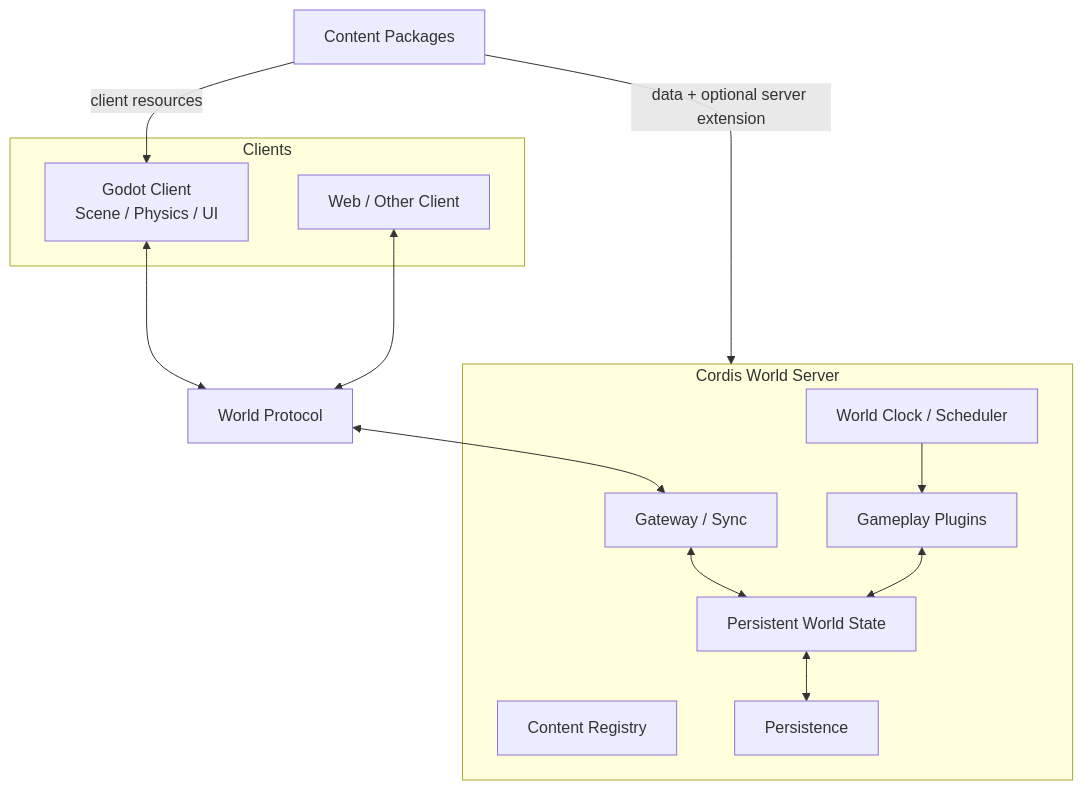
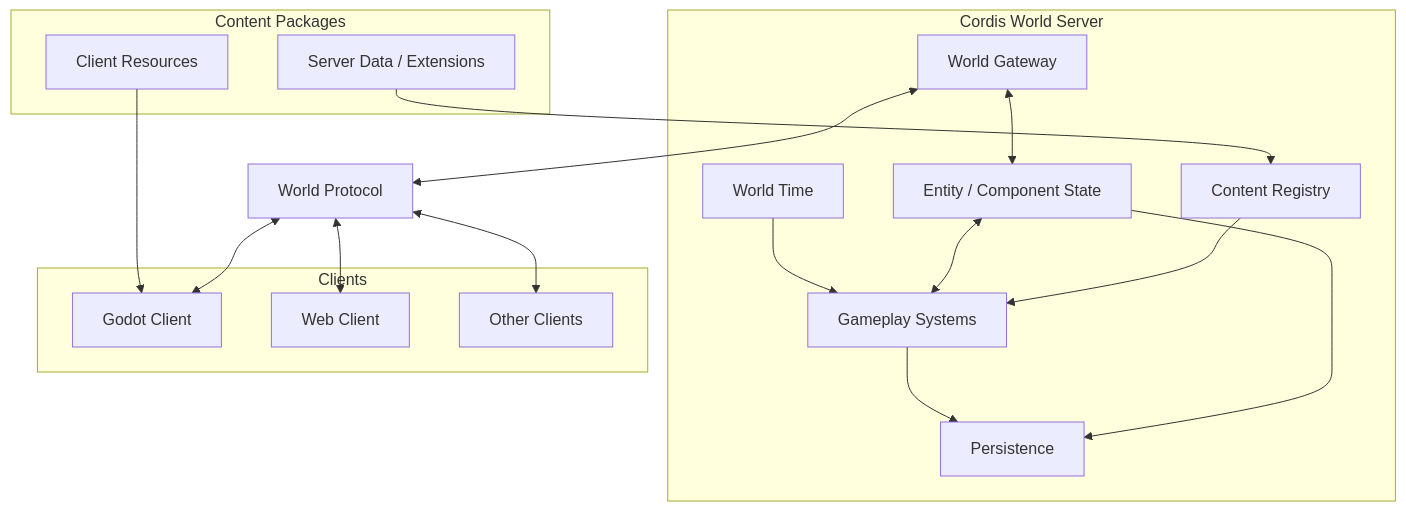
Before and after one commit to Ri0n72Y/idea-slime-bar: the diagram in architecture/architecture.md, drawn with Mermaid. The commit also changed other lines of this file, not shown here.

Commit message:
docs: align architecture with authoritative world server model

````diff
--- a/architecture/architecture.md
+++ b/architecture/architecture.md
@@ -11,31 +13,39 @@
 ```mermaid
 flowchart TB
-    Packages[Content Packages]
+    subgraph Packages[Content Packages]
+        ServerContent[Server Data / Extensions]
+        ClientResources[Client Resources]
+    end
 
-    subgraph Clients[Clients]
-        Godot[Godot Client\nScene / Physics / UI]
-        Web[Web / Other Client]
+    subgraph Server[Cordis World Server]
+        WorldTime[World Time]
+        WorldState[Entity / Component State]
+        Systems[Gameplay Systems]
+        Content[Content Registry]
+        Persistence[Persistence]
+        Gateway[World Gateway]
     end
 
     Protocol[World Protocol]
 
-    subgraph Server[Cordis World Server]
-        Gateway[Gateway / Sync]
-        State[Persistent World State]
-        Gameplay[Gameplay Plugins]
-        Content[Content Registry]
-        Time[World Clock / Scheduler]
-        Persistence[Persistence]
+    subgraph Clients[Clients]
+        Godot[Godot Client]
+        Web[Web Client]
+        Other[Other Clients]
     end
 
-    Packages -->|data + optional server extension| Server
-    Packages -->|client resources| Godot
+    ServerContent --> Content
+    ClientResources --> Godot
 
-    Godot <--> Protocol
-    Web <--> Protocol
-    Protocol <--> Gateway
-    Gateway <--> State
-    Gameplay <--> State
-    Time --> Gameplay
-    State <--> Persistence
+    WorldTime --> Systems
+    WorldState <--> Systems
+    Content --> Systems
+    Systems --> Persistence
+    WorldState --> Persistence
+    Gateway <--> WorldState
+
+    Gateway <--> Protocol
+    Protocol <--> Godot
+    Protocol <--> Web
+    Protocol <--> Other
 ```
````
